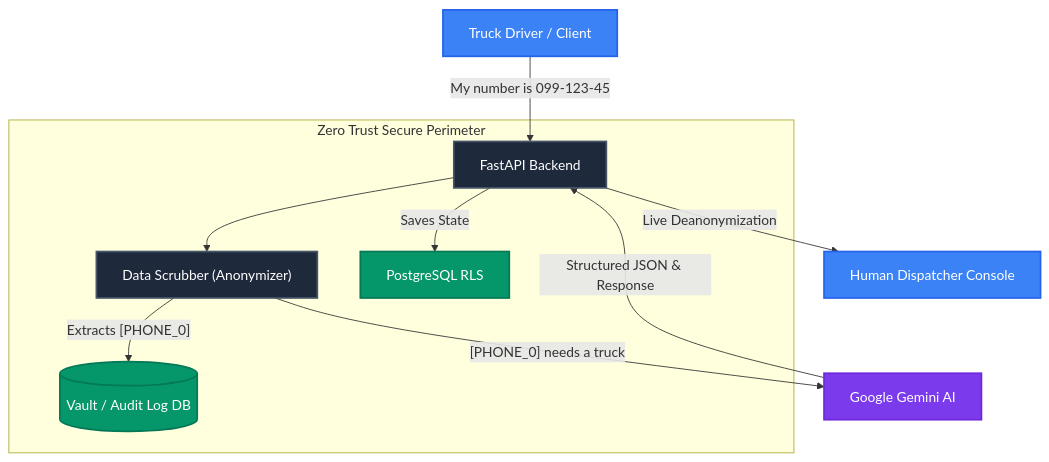
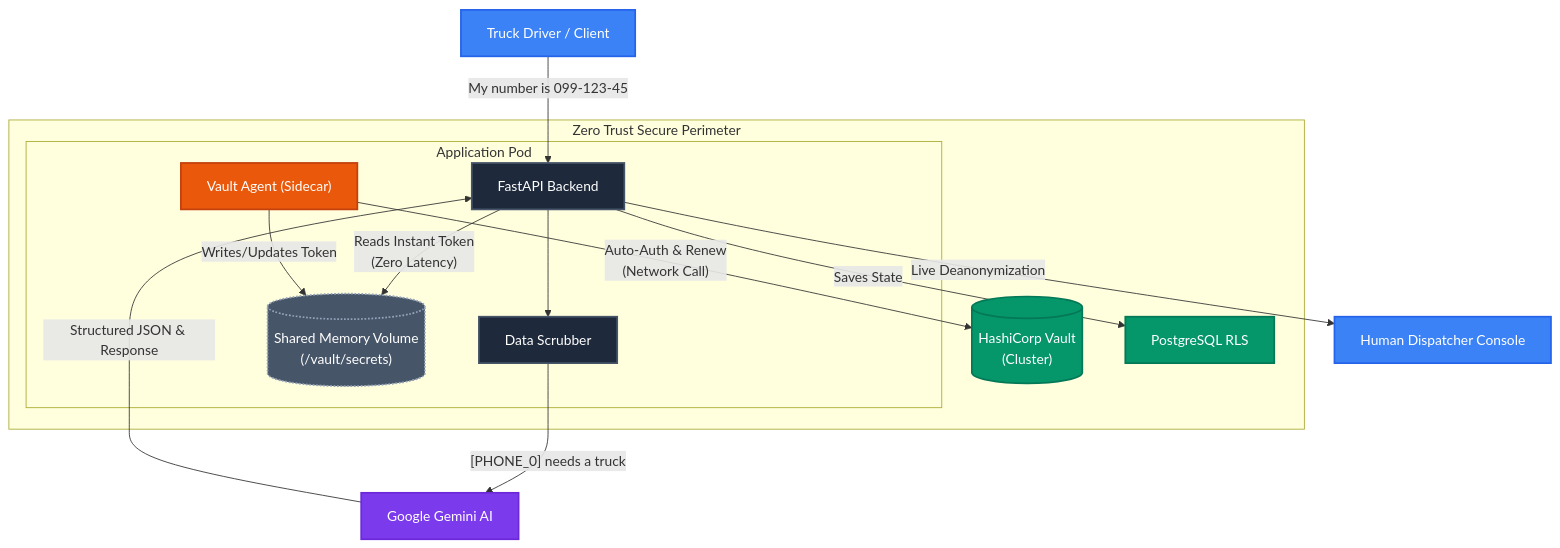
One commit to egn-labs-dev/Logistic changed the diagram in README.md. Above: the diagram before and after it, drawn with Mermaid. The commit also changed 8 other files, not shown here.

Commit message:
feat: implement Vault Agent sidecar pattern

````diff
--- a/README.md
+++ b/README.md
@@ -22,31 +22,41 @@
 ```mermaid
 graph TD
     %% Styling
     classDef client fill:#3b82f6,stroke:#2563eb,stroke-width:2px,color:#fff
     classDef secure fill:#0f172a,stroke:#3b82f6,stroke-width:2px,color:#fff,stroke-dasharray: 5 5
     classDef backend fill:#1e293b,stroke:#475569,stroke-width:2px,color:#fff
+    classDef sidecar fill:#ea580c,stroke:#c2410c,stroke-width:2px,color:#fff
+    classDef volume fill:#475569,stroke:#94a3b8,stroke-width:2px,color:#fff,stroke-dasharray: 2 2
     classDef ai fill:#7c3aed,stroke:#6d28d9,stroke-width:2px,color:#fff
     classDef db fill:#059669,stroke:#047857,stroke-width:2px,color:#fff
 
     Client["Truck Driver / Client"]:::client
     Dispatcher["Human Dispatcher Console"]:::client
 
     subgraph "Zero Trust Secure Perimeter"
-        FastAPI["FastAPI Backend"]:::backend
-        Scrubber["Data Scrubber (Anonymizer)"]:::backend
-        Vault[("Vault / Audit Log DB")]:::db
+        subgraph "Application Pod"
+            FastAPI["FastAPI Backend"]:::backend
+            Scrubber["Data Scrubber"]:::backend
+            SharedVol[("Shared Memory Volume<br/>(/vault/secrets)")]:::volume
+            VaultAgent["Vault Agent (Sidecar)"]:::sidecar
+            
+            FastAPI --> Scrubber
+            FastAPI -- "Reads Instant Token<br/>(Zero Latency)" --> SharedVol
+            VaultAgent -- "Writes/Updates Token" --> SharedVol
+        end
+        
+        Vault[("HashiCorp Vault<br/>(Cluster)")]:::db
         RLS["PostgreSQL RLS"]:::db
         
-        FastAPI --> Scrubber
-        Scrubber -- "Extracts [PHONE_0]" --> Vault
+        VaultAgent -- "Auto-Auth & Renew<br/>(Network Call)" --> Vault
     end
 
     Gemini["Google Gemini AI"]:::ai
 
     %% Flow
     Client -- "My number is 099-123-45" --> FastAPI
     Scrubber -- "[PHONE_0] needs a truck" --> Gemini
     Gemini -- "Structured JSON & Response" --> FastAPI
     FastAPI -- "Saves State" --> RLS
     FastAPI -- "Live Deanonymization" --> Dispatcher
 ```
````
